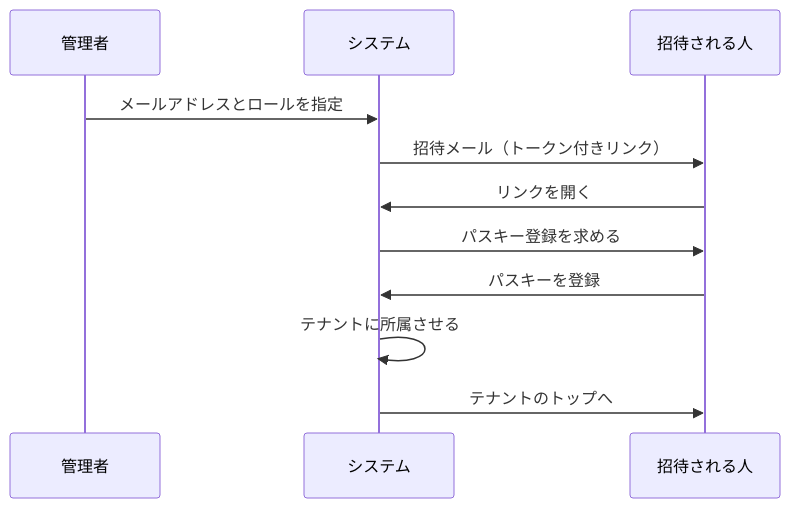
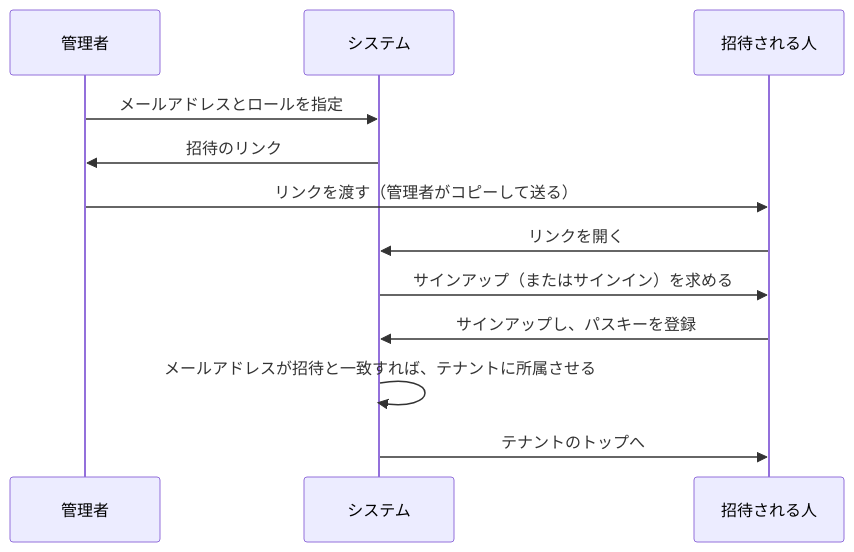
Before and after one commit to fujitamasayoshi0402/quiz-app: the third of 3 diagrams in docs/requirements.md, drawn with Mermaid. The commit also changed other lines of this file and 5 other files, not shown here.

````diff
--- a/docs/requirements.md
+++ b/docs/requirements.md
@@ -372,13 +372,14 @@
 ```mermaid
 sequenceDiagram
     participant A as 管理者
     participant S as システム
     participant U as 招待される人
     A->>S: メールアドレスとロールを指定
-    S->>U: 招待メール（トークン付きリンク）
+    S->>A: 招待のリンク
+    A->>U: リンクを渡す（管理者がコピーして送る）
     U->>S: リンクを開く
-    S->>U: パスキー登録を求める
-    U->>S: パスキーを登録
-    S->>S: テナントに所属させる
+    S->>U: サインアップ（またはサインイン）を求める
+    U->>S: サインアップし、パスキーを登録
+    S->>S: メールアドレスが招待と一致すれば、テナントに所属させる
     S->>U: テナントのトップへ
 ```
````
